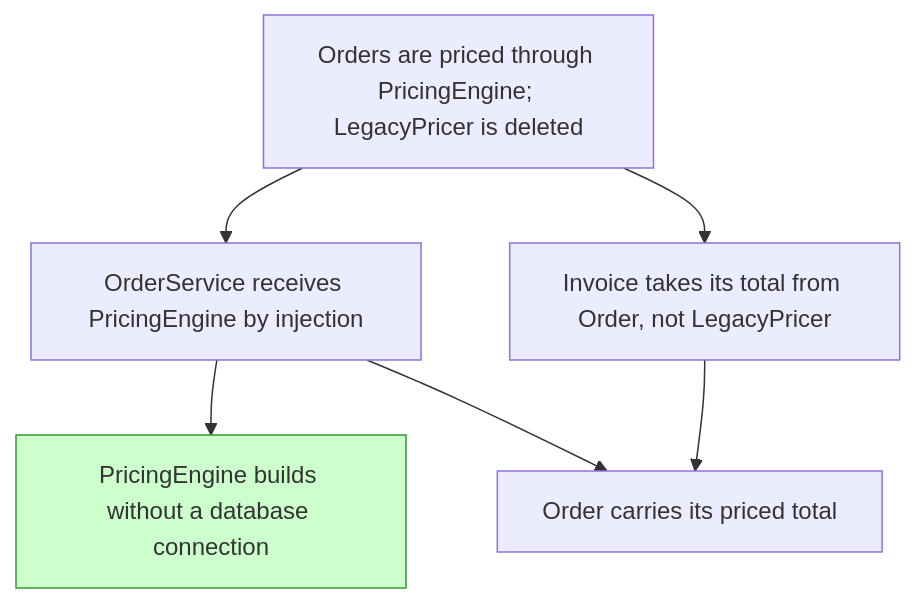
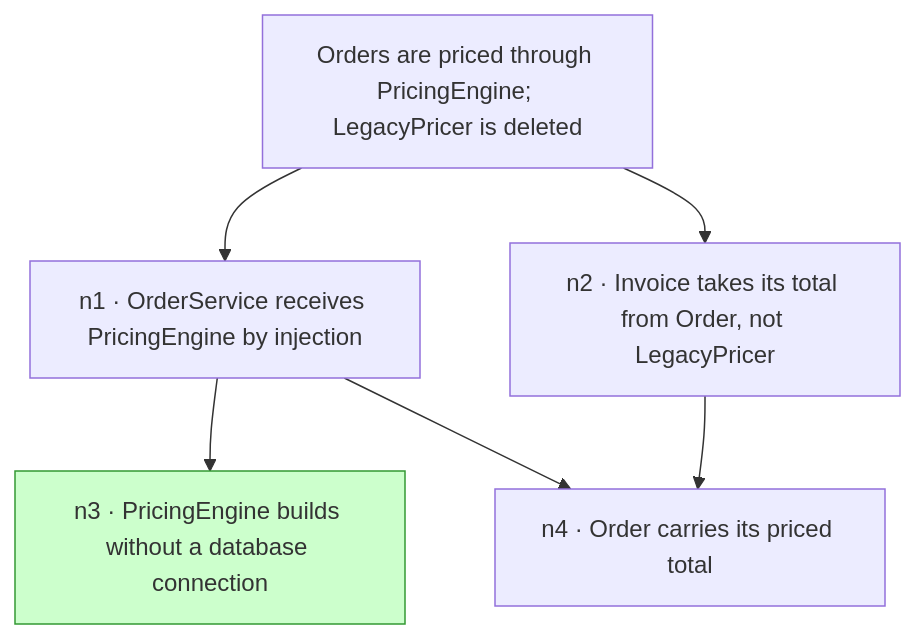
Before and after one commit to channingwalton/skills: the second of 2 diagrams in skills/mikado/README.md, drawn with Mermaid. The commit also changed other lines of this file and 1 other file, not shown here.

````diff
--- a/skills/mikado/README.md
+++ b/skills/mikado/README.md
@@ -88,10 +95,10 @@
 ```mermaid
 graph TD
   goal["Orders are priced through PricingEngine; LegacyPricer is deleted"]
-  goal --> n1["OrderService receives PricingEngine by injection"]
-  goal --> n2["Invoice takes its total from Order, not LegacyPricer"]
-  n1 --> n3["PricingEngine builds without a database connection"]:::done
-  n1 --> n4["Order carries its priced total"]
+  goal --> n1["n1 · OrderService receives PricingEngine by injection"]
+  goal --> n2["n2 · Invoice takes its total from Order, not LegacyPricer"]
+  n1 --> n3["n3 · PricingEngine builds without a database connection"]:::done
+  n1 --> n4["n4 · Order carries its priced total"]
   n2 --> n4
   classDef done fill:#cfc,stroke:#393
 ```
````
